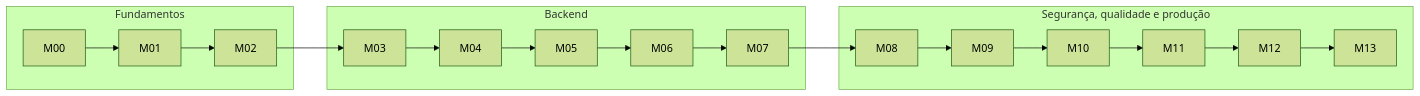
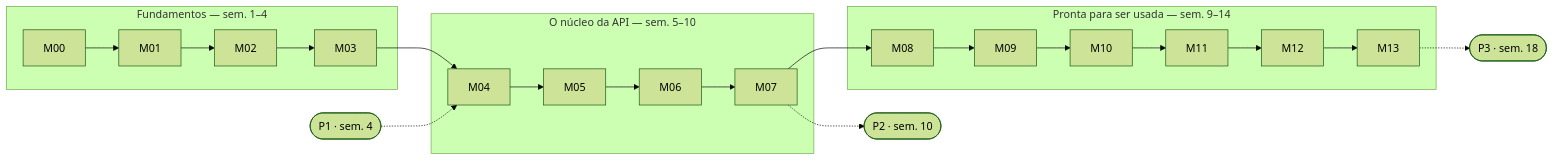
The diagram in modulos/README.md (heliobentzen/dpw), drawn with Mermaid (forest theme) before and after one commit. The commit also changed other lines of this file and 78 other files, not shown here.

````diff
--- a/modulos/README.md
+++ b/modulos/README.md
@@ -68,14 +47,17 @@
 ```mermaid
 flowchart LR
-    subgraph F[Fundamentos]
-        M00 --> M01 --> M02
+    subgraph F[Fundamentos — sem. 1–4]
+        M00 --> M01 --> M02 --> M03
     end
-    subgraph B[Backend]
-        M03 --> M04 --> M05 --> M06 --> M07
+    subgraph B[O núcleo da API — sem. 5–10]
+        M04 --> M05 --> M06 --> M07
     end
-    subgraph Q[Segurança, qualidade e produção]
+    subgraph Q[Pronta para ser usada — sem. 9–14]
         M08 --> M09 --> M10 --> M11 --> M12 --> M13
     end
-    M02 --> M03
+    M03 --> M04
     M07 --> M08
+    P1([P1 · sem. 4]) -.-> M04
+    M07 -.-> P2([P2 · sem. 10])
+    M13 -.-> P3([P3 · sem. 18])
 ```
````
